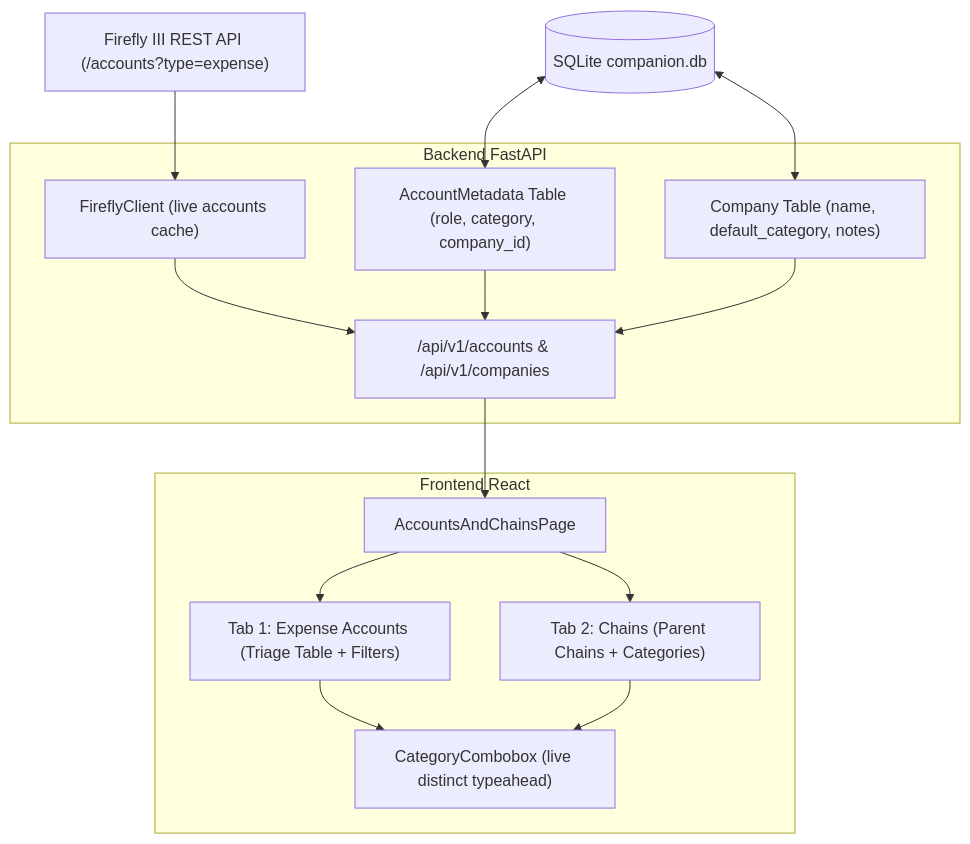
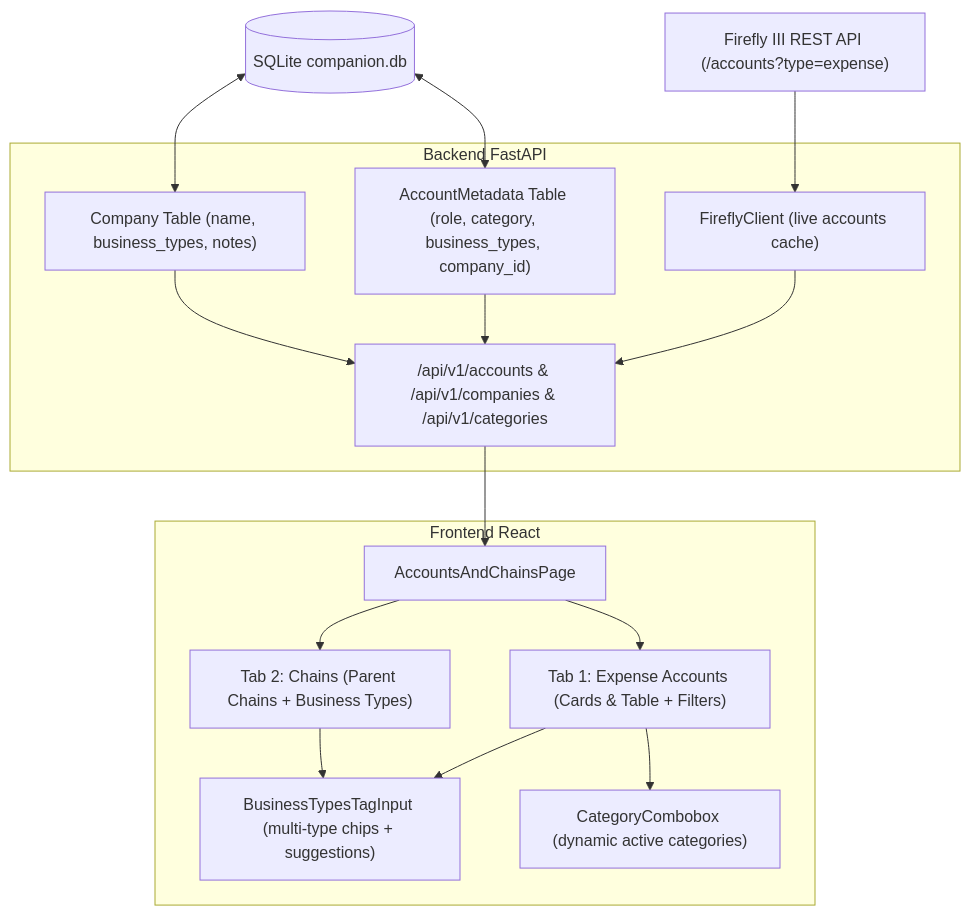
The diagram in docs/designs/expense_account_classification_and_category_tagging.md (fabriziocacicia/my-firefly), drawn with Mermaid before and after one commit. The commit also changed other lines of this file and 3 other files, not shown here.

Commit message:
docs(specs): update design docs and add ADR-001 for multi-type classification

````diff
--- a/docs/designs/expense_account_classification_and_category_tagging.md
+++ b/docs/designs/expense_account_classification_and_category_tagging.md
@@ -80,32 +81,34 @@
 ```mermaid
 flowchart TD
     FF["Firefly III REST API (/accounts?type=expense)"]
     DB[("SQLite companion.db")]
     
     subgraph Backend FastAPI
         SERVICE["FireflyClient (live accounts cache)"]
-        METADATA_REPO["AccountMetadata Table (role, category, company_id)"]
-        COMPANY_REPO["Company Table (name, default_category, notes)"]
-        ROUTER["/api/v1/accounts & /api/v1/companies"]
+        METADATA_REPO["AccountMetadata Table (role, category, business_types, company_id)"]
+        COMPANY_REPO["Company Table (name, business_types, notes)"]
+        ROUTER["/api/v1/accounts & /api/v1/companies & /api/v1/categories"]
     end
 
     subgraph Frontend React
         PAGE["AccountsAndChainsPage"]
-        TAB_EXP["Tab 1: Expense Accounts (Triage Table + Filters)"]
-        TAB_CHAINS["Tab 2: Chains (Parent Chains + Categories)"]
-        CAT_COMBO["CategoryCombobox (live distinct typeahead)"]
+        TAB_EXP["Tab 1: Expense Accounts (Cards & Table + Filters)"]
+        TAB_CHAINS["Tab 2: Chains (Parent Chains + Business Types)"]
+        TAG_INPUT["BusinessTypesTagInput (multi-type chips + suggestions)"]
+        CAT_COMBO["CategoryCombobox (dynamic active categories)"]
     end
 
     FF --> SERVICE
     SERVICE --> ROUTER
     DB <--> METADATA_REPO
     DB <--> COMPANY_REPO
     METADATA_REPO --> ROUTER
     COMPANY_REPO --> ROUTER
 
     ROUTER --> PAGE
     PAGE --> TAB_EXP
     PAGE --> TAB_CHAINS
+    TAB_EXP --> TAG_INPUT
     TAB_EXP --> CAT_COMBO
-    TAB_CHAINS --> CAT_COMBO
+    TAB_CHAINS --> TAG_INPUT
 ```
````
